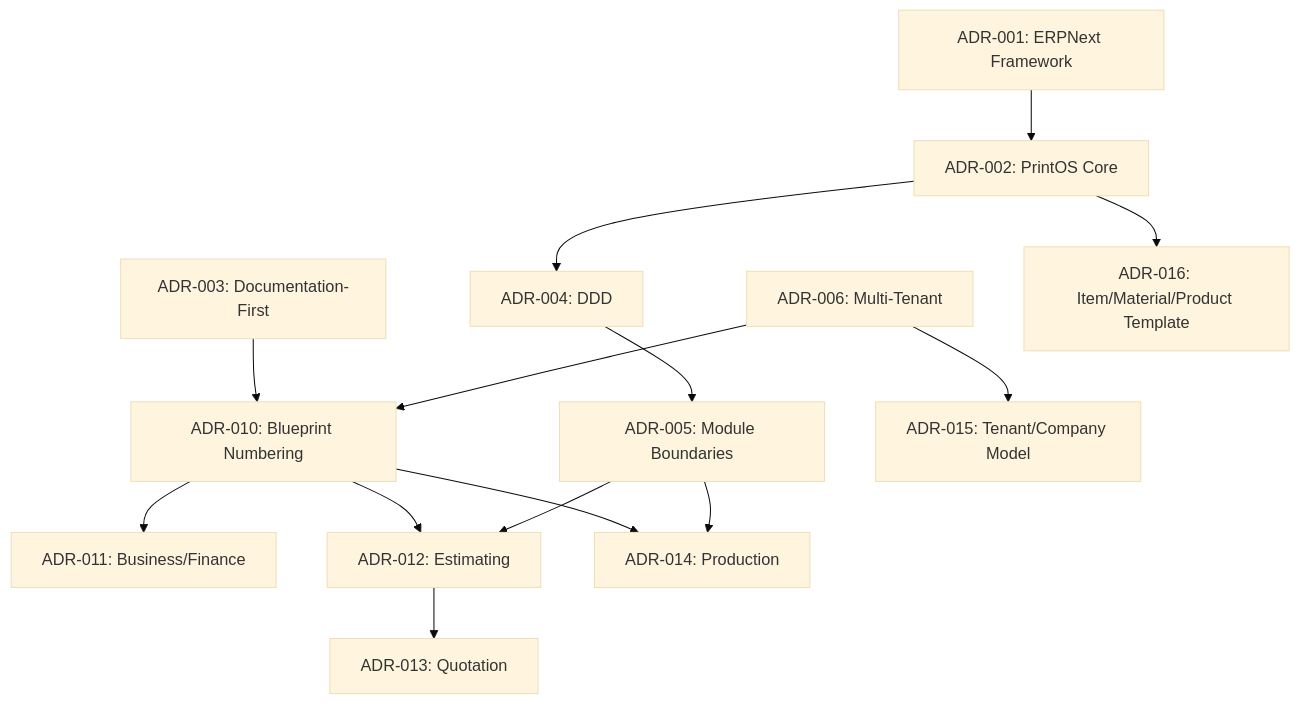
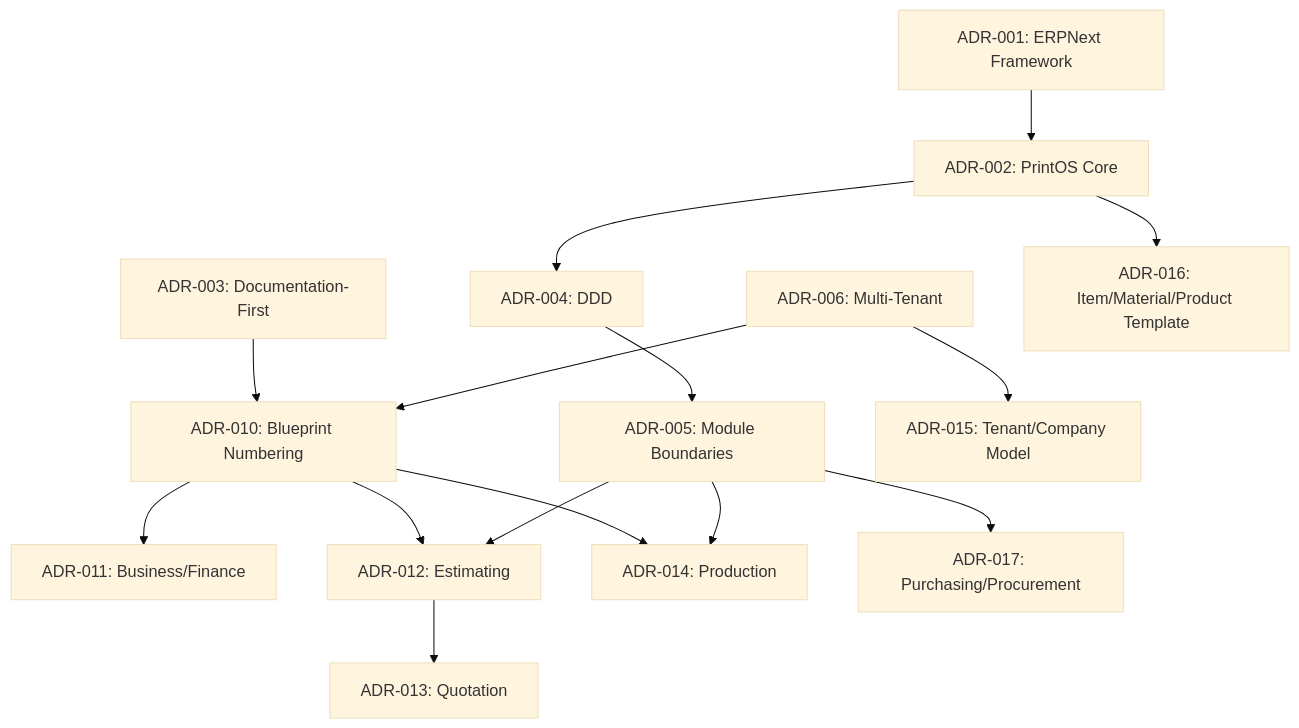
Before and after one commit to ganapathyvijai/printos: the diagram in docs/decisions/00_ADR_Index.md, drawn with Mermaid (base theme). The commit also changed other lines of this file and 12 other files, not shown here.

````diff
--- a/docs/decisions/00_ADR_Index.md
+++ b/docs/decisions/00_ADR_Index.md
@@ -54,16 +55,17 @@
 ```mermaid
 flowchart TB
     ADR001["ADR-001: ERPNext Framework"] --> ADR002["ADR-002: PrintOS Core"]
     ADR002 --> ADR004["ADR-004: DDD"]
     ADR004 --> ADR005["ADR-005: Module Boundaries"]
     ADR003["ADR-003: Documentation-First"] --> ADR010["ADR-010: Blueprint Numbering"]
     ADR010 --> ADR011["ADR-011: Business/Finance"]
     ADR010 --> ADR012["ADR-012: Estimating"]
     ADR010 --> ADR014["ADR-014: Production"]
     ADR012 --> ADR013["ADR-013: Quotation"]
     ADR005 --> ADR012
     ADR005 --> ADR014
     ADR006["ADR-006: Multi-Tenant"] --> ADR010
     ADR006 --> ADR015["ADR-015: Tenant/Company Model"]
     ADR002 --> ADR016["ADR-016: Item/Material/Product Template"]
+    ADR005 --> ADR017["ADR-017: Purchasing/Procurement"]
 ```
````
